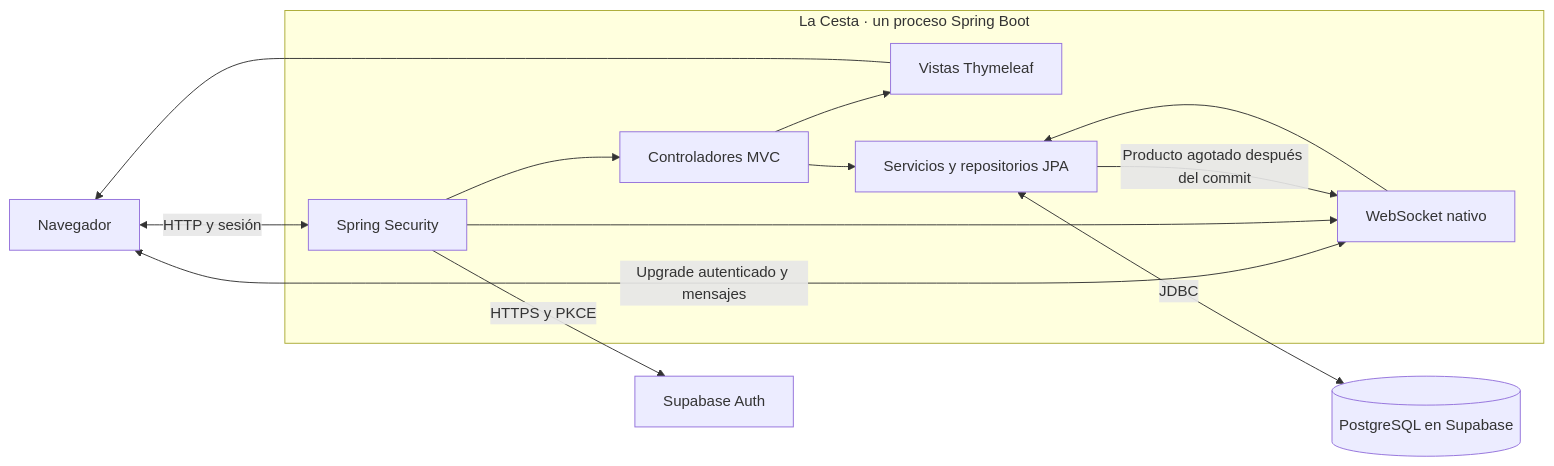
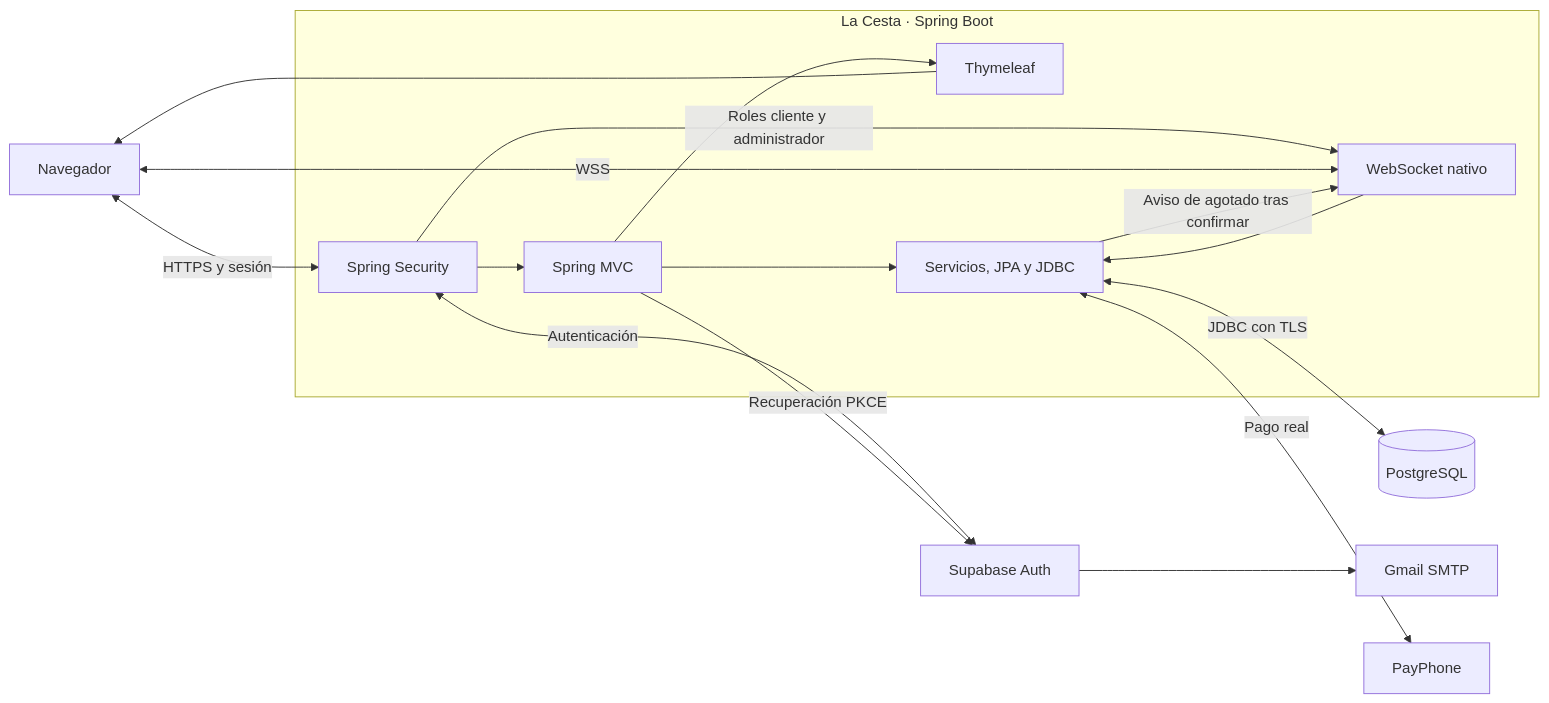
Before and after one commit to SaulTualombo01/LaCesta-ProyectoWebAvanzadas: the first of 2 diagrams in README.md, drawn with Mermaid. The commit also changed other lines of this file, not shown here.

Commit message:
Cambiar información del readme

````diff
--- a/README.md
+++ b/README.md
@@ -132,24 +142,29 @@
 ```mermaid
 flowchart LR
-    N[Navegador]
-    subgraph S[La Cesta · un proceso Spring Boot]
-        A[Spring Security]
-        M[Controladores MVC]
-        T[Vistas Thymeleaf]
-        W[WebSocket nativo]
-        D[Servicios y repositorios JPA]
+    B["Navegador"]
+    subgraph APP["La Cesta · Spring Boot"]
+        S["Spring Security"]
+        M["Spring MVC"]
+        T["Thymeleaf"]
+        W["WebSocket nativo"]
+        D["Servicios, JPA y JDBC"]
     end
-    U[Supabase Auth]
-    P[(PostgreSQL en Supabase)]
-    N <-->|HTTP y sesión| A
-    A --> M
-    A -->|HTTPS y PKCE| U
+    A["Supabase Auth"]
+    P[("PostgreSQL")]
+    G["Gmail SMTP"]
+    Q["PayPhone"]
+    B <-->|"HTTPS y sesión"| S
+    S --> M
+    S -->|"Roles cliente y administrador"| W
+    B <-->|"WSS"| W
     M --> T
+    T --> B
     M --> D
-    T --> N
-    N <-->|Upgrade autenticado y mensajes| W
-    A --> W
     W --> D
-    D <-->|JDBC| P
-    D -->|Producto agotado después del commit| W
+    D <-->|"JDBC con TLS"| P
+    D -->|"Aviso de agotado tras confirmar"| W
+    S <-->|"Autenticación"| A
+    M -->|"Recuperación PKCE"| A
+    A --> G
+    D <-->|"Pago real"| Q
 ```
````
